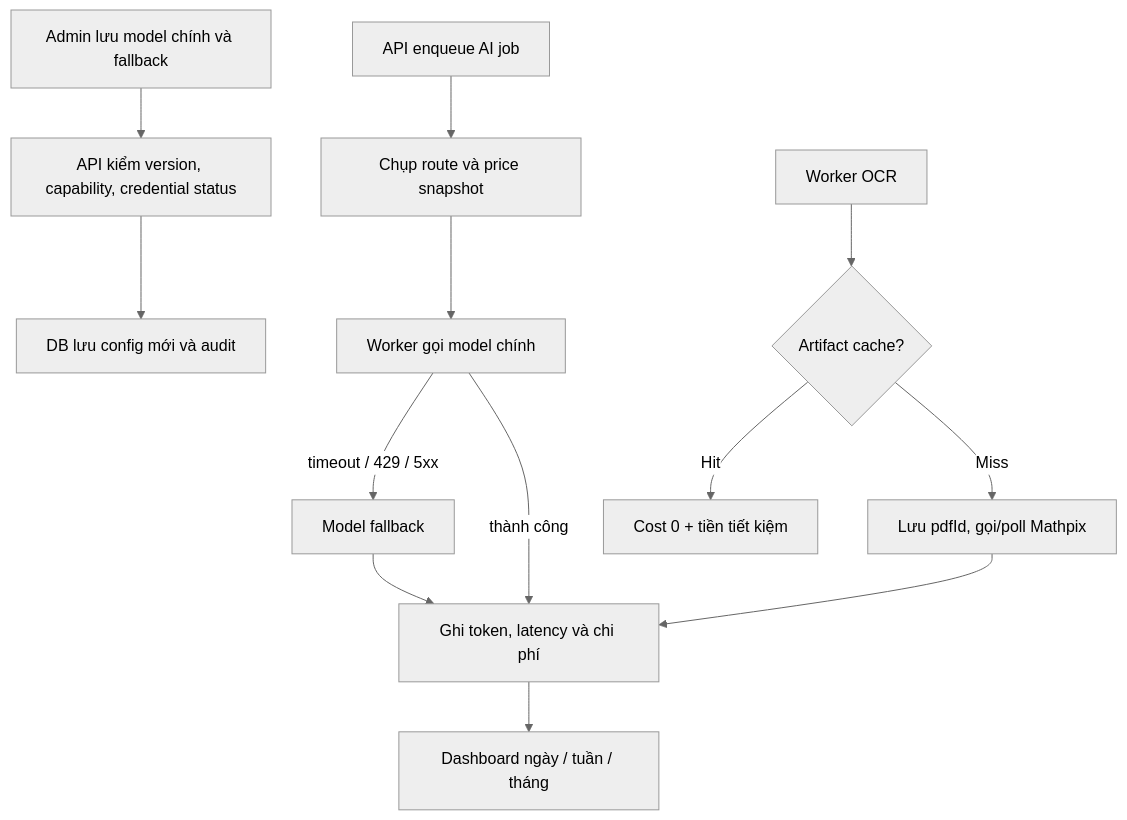
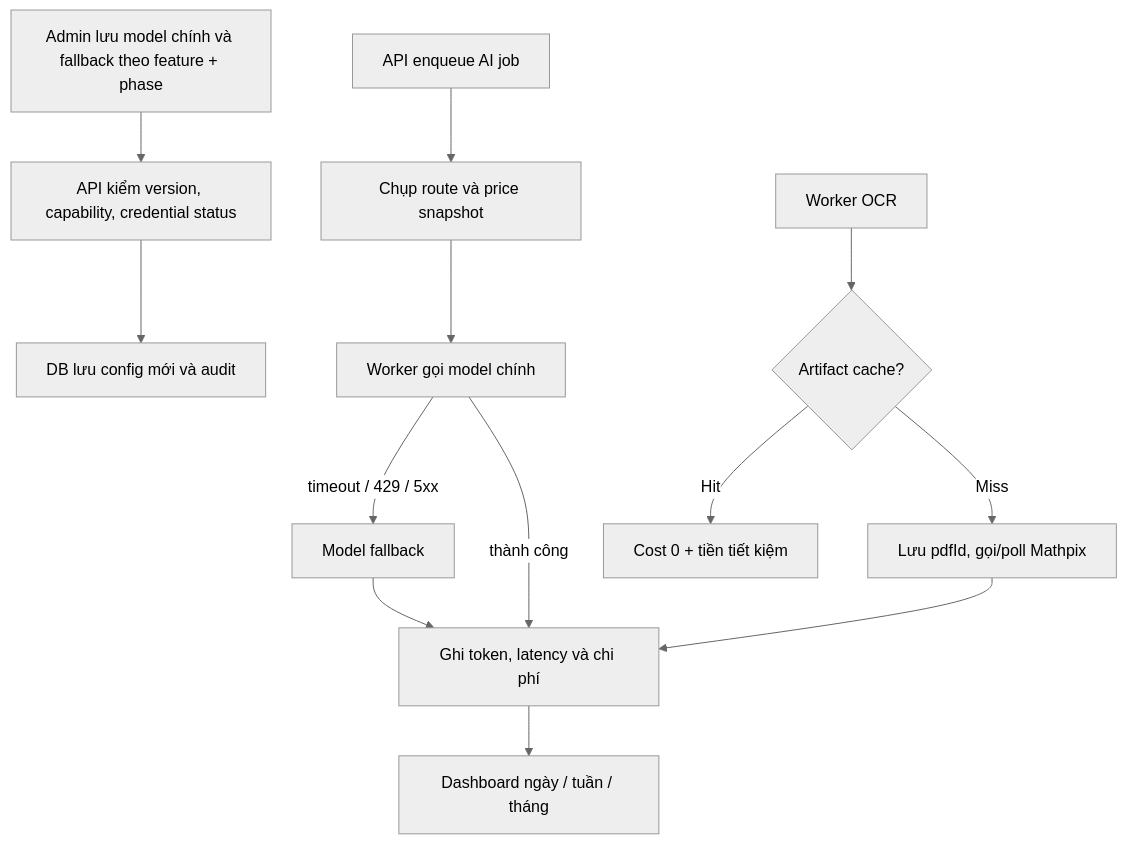
One commit to DamAnhTuanTB/ClassHero changed the diagram in docs/learning-notes/features/ai-provider-operations.md. Above: the diagram before and after it, drawn with Mermaid (neutral theme). The commit also changed other lines of this file and 143 other files, not shown here.

````diff
--- a/docs/learning-notes/features/ai-provider-operations.md
+++ b/docs/learning-notes/features/ai-provider-operations.md
@@ -9,15 +9,15 @@
 ```mermaid
 flowchart TD
-  A[Admin lưu model chính và fallback] --> B[API kiểm version, capability, credential status]
+  A[Admin lưu model chính và fallback theo feature + phase] --> B[API kiểm version, capability, credential status]
   B --> C[DB lưu config mới và audit]
   D[API enqueue AI job] --> E[Chụp route và price snapshot]
   E --> F[Worker gọi model chính]
   F -->|timeout / 429 / 5xx| G[Model fallback]
   F -->|thành công| H[Ghi token, latency và chi phí]
   G --> H
   I[Worker OCR] --> J{Artifact cache?}
   J -->|Hit| K[Cost 0 + tiền tiết kiệm]
   J -->|Miss| L[Lưu pdfId, gọi/poll Mathpix]
   L --> H
   H --> M[Dashboard ngày / tuần / tháng]
 ```
````
